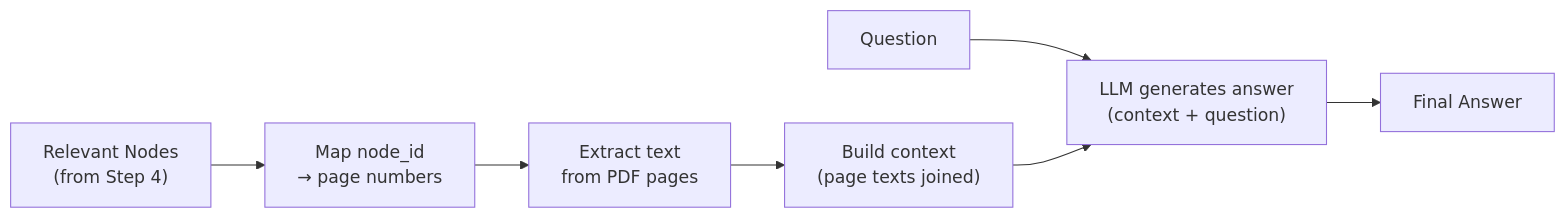
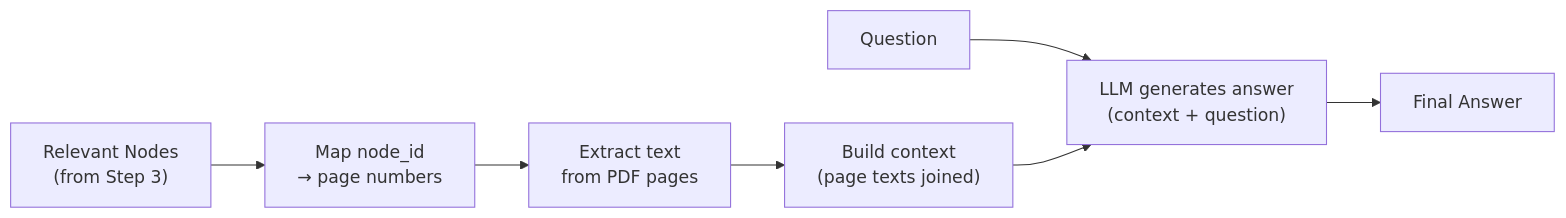
Before and after one commit to AyushSinghRana15/Vectorless-RAG: the fifth of 5 diagrams in lab1/lab1_vectorless_rag.md, drawn with Mermaid. The commit also changed other lines of this file and 1 other file, not shown here.

Commit message:
Renumber steps 2-5 to 1-4 after removing Step 1

````diff
--- a/lab1/lab1_vectorless_rag.md
+++ b/lab1/lab1_vectorless_rag.md
@@ -319,9 +319,9 @@
 ```mermaid
 flowchart LR
-    A["Relevant Nodes<br/>(from Step 4)"] --> B["Map node_id<br/>→ page numbers"]
+    A["Relevant Nodes<br/>(from Step 3)"] --> B["Map node_id<br/>→ page numbers"]
     B --> C["Extract text<br/>from PDF pages"]
     C --> D["Build context<br/>(page texts joined)"]
     Q["Question"] --> E
     D --> E["LLM generates answer<br/>(context + question)"]
     E --> F["Final Answer"]
 ```
````
